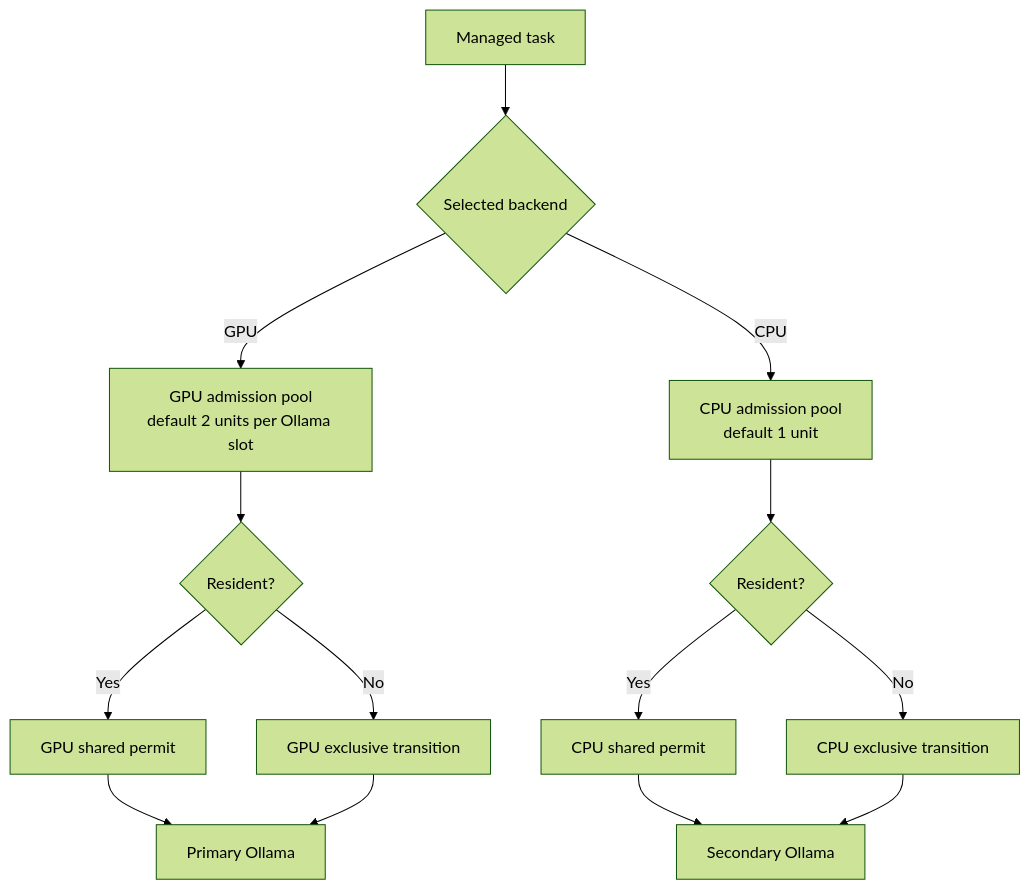
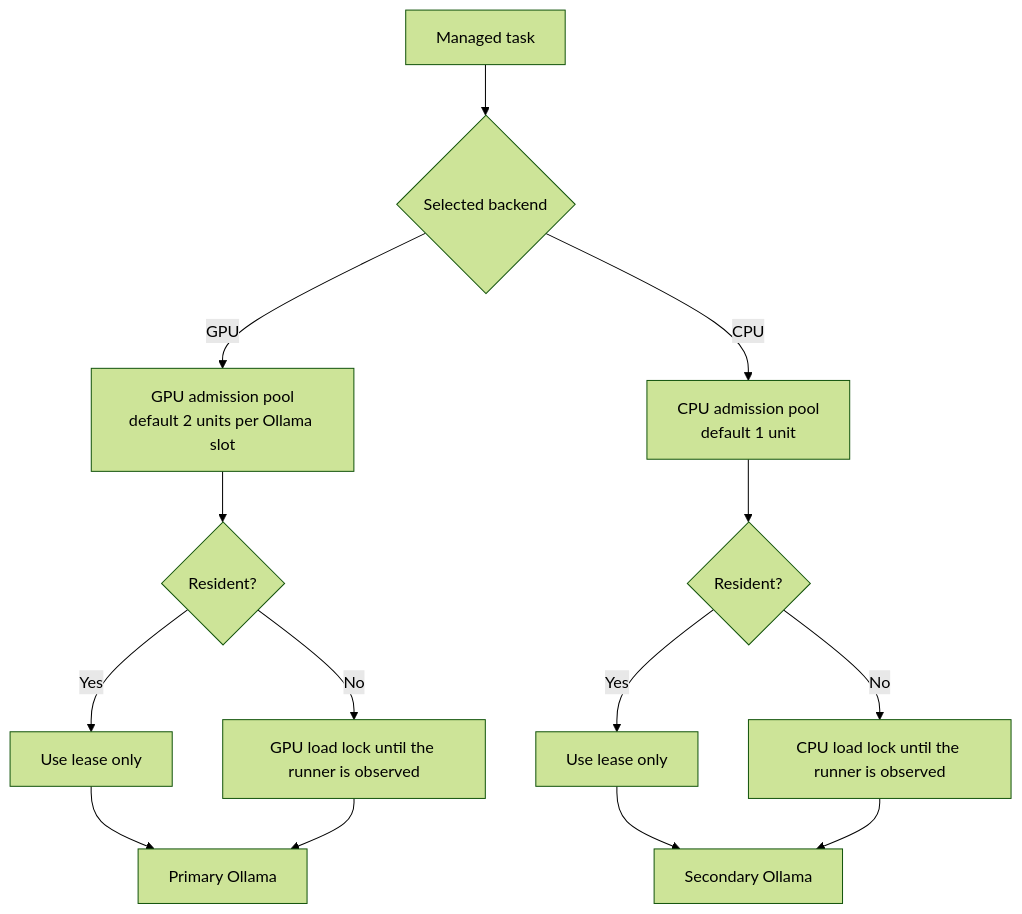
The second of 3 diagrams in docs/CPU_GPU_ROUTING.md (bgauryy/FreeLlama), drawn with Mermaid (forest theme) before and after one commit. The commit also changed other lines of this file and 258 other files, not shown here.

````diff
--- a/docs/CPU_GPU_ROUTING.md
+++ b/docs/CPU_GPU_ROUTING.md
@@ -245,16 +245,16 @@
 ```mermaid
 flowchart TD
     T["Managed task"] --> B{"Selected backend"}
     B -->|"GPU"| GA["GPU admission pool<br/>default 2 units per Ollama slot"]
     B -->|"CPU"| CA["CPU admission pool<br/>default 1 unit"]
     GA --> GL{"Resident?"}
     CA --> CL{"Resident?"}
-    GL -->|"Yes"| GR["GPU shared permit"]
-    GL -->|"No"| GX["GPU exclusive transition"]
-    CL -->|"Yes"| CR["CPU shared permit"]
-    CL -->|"No"| CX["CPU exclusive transition"]
+    GL -->|"Yes"| GR["Use lease only"]
+    GL -->|"No"| GX["GPU load lock until the runner is observed"]
+    CL -->|"Yes"| CR["Use lease only"]
+    CL -->|"No"| CX["CPU load lock until the runner is observed"]
     GR --> GO["Primary Ollama"]
     GX --> GO
     CR --> CO["Secondary Ollama"]
     CX --> CO
 ```
````
